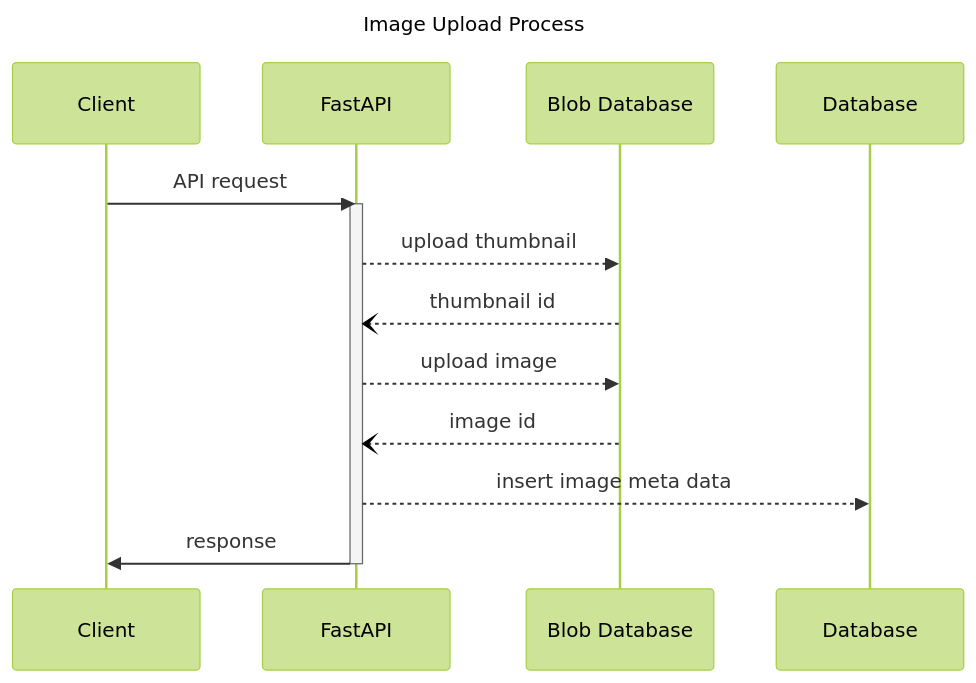
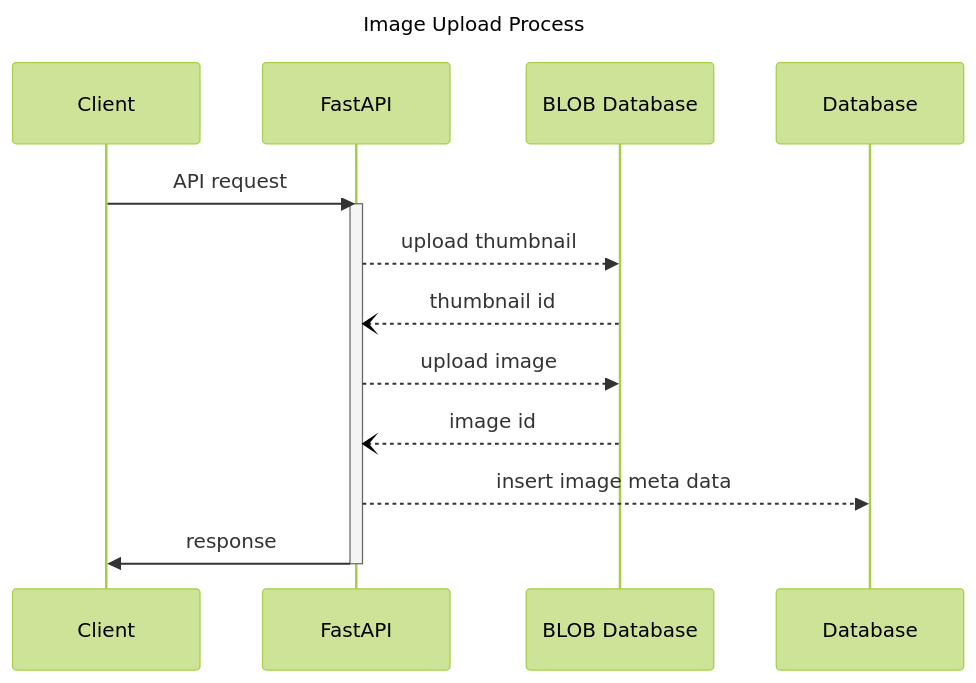
Before and after one commit to djccnt15/djccnt15.github.io: the second of 3 diagrams in docs/portfolio/vision.md, drawn with Mermaid (forest theme). The commit also changed other lines of this file, not shown here.

````diff
--- a/docs/portfolio/vision.md
+++ b/docs/portfolio/vision.md
@@ -158,15 +161,15 @@
 ```mermaid
 ---
 title: Image Upload Process
 ---
 sequenceDiagram
     Client ->> FastAPI: API request
     activate FastAPI
-    FastAPI -->> Blob Database: upload thumbnail
-    Blob Database --) FastAPI: thumbnail id
-    FastAPI -->> Blob Database: upload image
-    Blob Database --) FastAPI: image id
+    FastAPI -->> BLOB Database: upload thumbnail
+    BLOB Database --) FastAPI: thumbnail id
+    FastAPI -->> BLOB Database: upload image
+    BLOB Database --) FastAPI: image id
     FastAPI -->> Database: insert image meta data
     FastAPI ->> Client: response
     deactivate FastAPI
 ```
````
